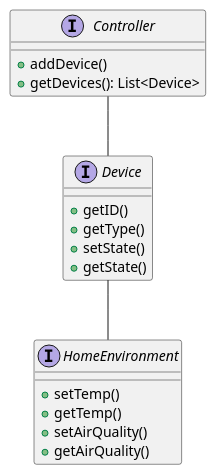
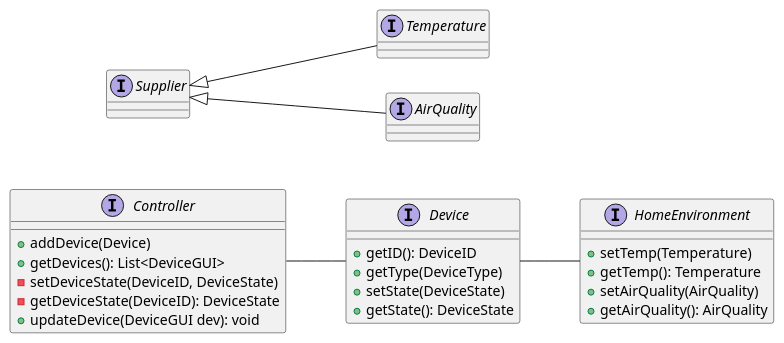
The diagram in uml/domain.plantuml (progetto-oop-22-23/OOP-report), drawn with PlantUML before and after one commit. The commit also changed 3 other files, not shown here.

Commit message:
[uml] update wip uml

```diff
--- a/uml/domain.plantuml
+++ b/uml/domain.plantuml
@@ -1,25 +1,41 @@
 @startuml
 
+left to right direction
+
 interface Controller {
-    + addDevice()
-    + getDevices(): List<Device>
+    + addDevice(Device)
+    + getDevices(): List<DeviceGUI>
+    - setDeviceState(DeviceID, DeviceState)
+    - getDeviceState(DeviceID): DeviceState
+    ' + addToggleableDevice()
+    ' + addAdjustableDevice()
+    ' + addSensorDevice()
+	+ updateDevice(DeviceGUI dev): void
+	/'
+		newState = dev.getState();
+		viewToDevice.get(dev.getID())
+					.setState(newState);
+	'/
 }
 
 interface Device {
-    + getID()
-    + getType()
-    + setState()
-    + getState()
+    + getID(): DeviceID
+    + getType(DeviceType)
+    + setState(DeviceState)
+    + getState(): DeviceState
 }
 
 interface HomeEnvironment {
-    + setTemp()
-    + getTemp()
-    + setAirQuality()
-    + getAirQuality()
+    + setTemp(Temperature)
+    + getTemp(): Temperature
+    + setAirQuality(AirQuality)
+    + getAirQuality(): AirQuality
 }
+
+interface Temperature extends Supplier
+interface AirQuality extends Supplier
 
 Controller -- Device
 Device -- HomeEnvironment
 
 @enduml
```
